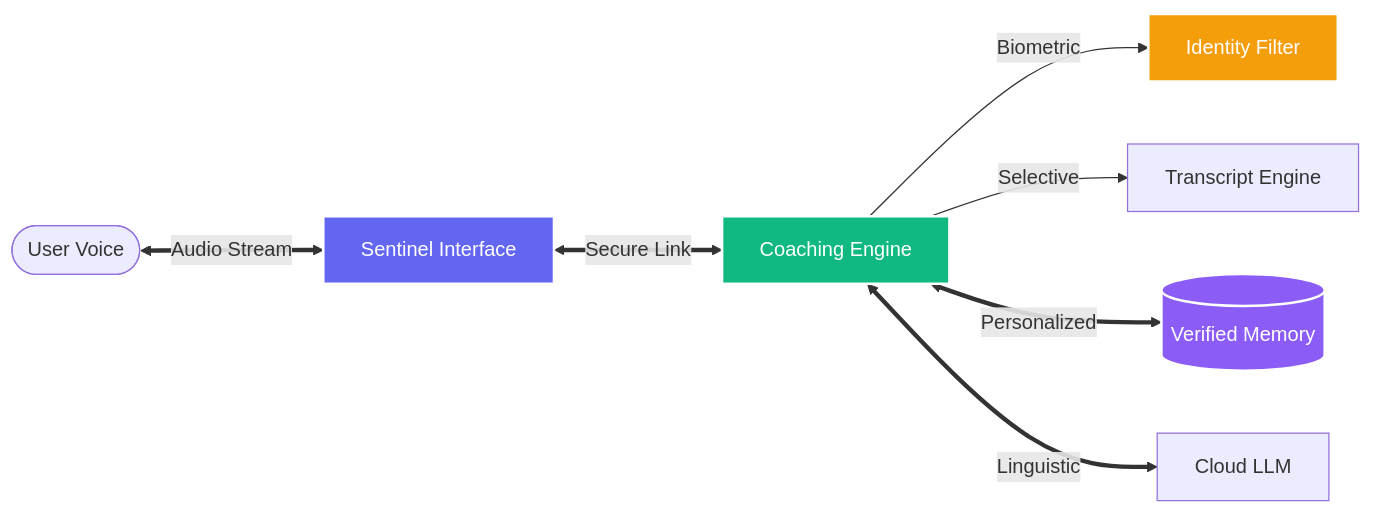
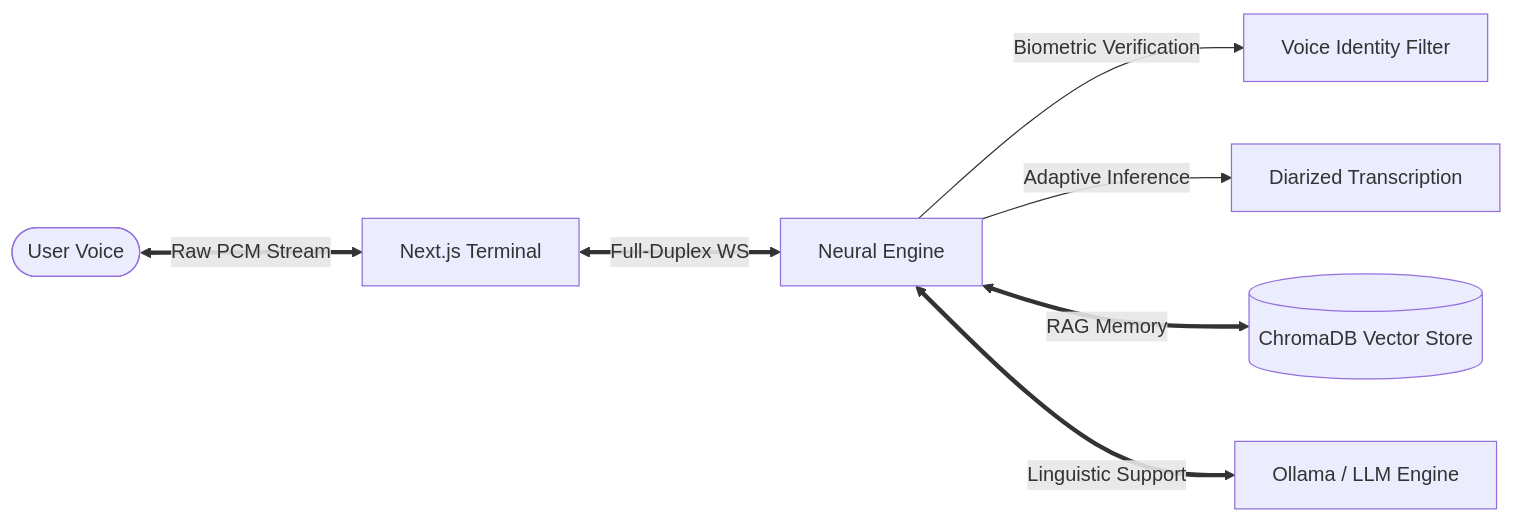
Before and after one commit to ibesuperv/VoxSentinel: the diagram in README.md, drawn with Mermaid. The commit also changed other lines of this file, not shown here.

First line of the commit message:
Revise system architecture and add technical capabilities

````diff
--- a/README.md
+++ b/README.md
@@ -80,14 +83,9 @@
 ```mermaid
 graph LR
-    User([User Voice]) <==>|Audio Stream| UI[Sentinel Interface]
-    UI <==>|Secure Link| API[Coaching Engine]
-    API -->|Biometric| ID[Identity Filter]
-    API -->|Selective| STT[Transcript Engine]
-    API <==>|Personalized| MEM[(Verified Memory)]
-    API <==>|Linguistic| AI[Cloud LLM]
-    
-    style UI fill:#6366f1,stroke:#fff,stroke-width:2px,color:#fff
-    style API fill:#10b981,stroke:#fff,stroke-width:2px,color:#fff
-    style ID fill:#f59e0b,stroke:#fff,stroke-width:2px,color:#fff
-    style MEM fill:#8b5cf6,stroke:#fff,stroke-width:2px,color:#fff
+    User([User Voice]) <==>|Raw PCM Stream| UI[Next.js Terminal]
+    UI <==>|Full-Duplex WS| BE[Neural Engine]
+    BE -->|Biometric Verification| ID[Voice Identity Filter]
+    BE -->|Adaptive Inference| STT[Diarized Transcription]
+    BE <==>|RAG Memory| DB[(ChromaDB Vector Store)]
+    BE <==>|Linguistic Support| LLM[Ollama / LLM Engine]
 ```
````
